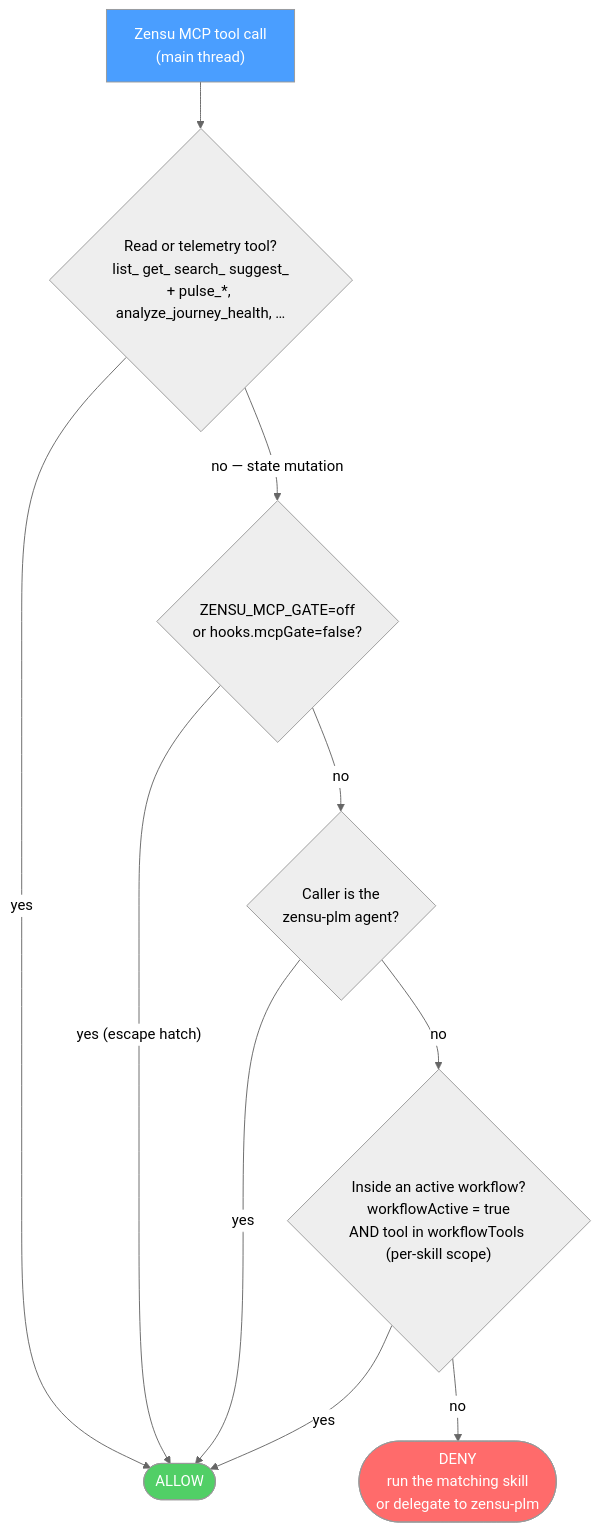
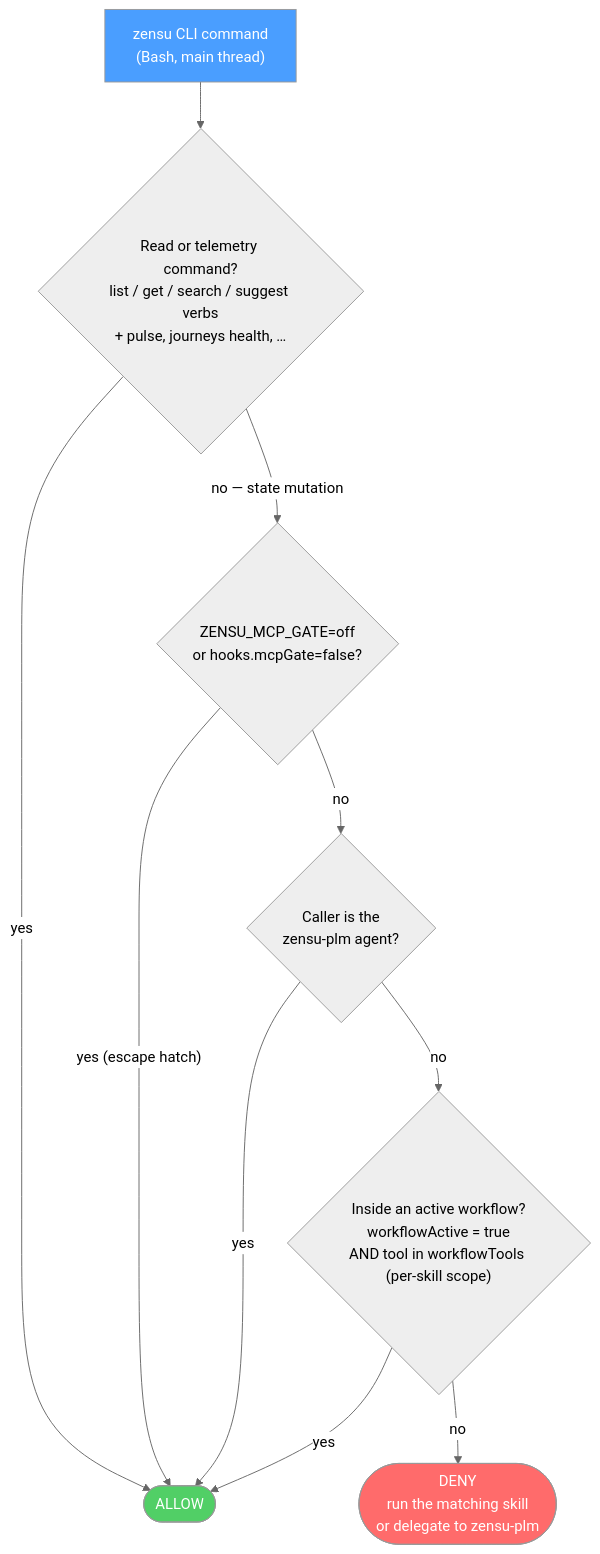
One commit to MKITConsulting/zensu-claude-code changed the second of 2 diagrams in README.md. Above: the diagram before and after it, drawn with Mermaid (neutral theme). The commit also changed other lines of this file and 21 other files, not shown here.

````diff
--- a/README.md
+++ b/README.md
@@ -85,16 +92,16 @@
 ```mermaid
 flowchart TD
-    A["Zensu MCP tool call<br/>(main thread)"] --> B{"Read or telemetry tool?<br/>list_ get_ search_ suggest_<br/>+ pulse_*, analyze_journey_health, …"}
+    A["zensu CLI command<br/>(Bash, main thread)"] --> B{"Read or telemetry command?<br/>list / get / search / suggest verbs<br/>+ pulse, journeys health, …"}
     B -->|"yes"| ALLOW(["ALLOW"])
     B -->|"no — state mutation"| C{"ZENSU_MCP_GATE=off<br/>or hooks.mcpGate=false?"}
     C -->|"yes (escape hatch)"| ALLOW
     C -->|"no"| D{"Caller is the<br/>zensu-plm agent?"}
     D -->|"yes"| ALLOW
     D -->|"no"| E{"Inside an active workflow?<br/>workflowActive = true<br/>AND tool in workflowTools (per-skill scope)"}
     E -->|"yes"| ALLOW
     E -->|"no"| DENY(["DENY<br/>run the matching skill<br/>or delegate to zensu-plm"])
 
     style A fill:#4a9eff,color:#fff
     style ALLOW fill:#51cf66,color:#fff
     style DENY fill:#ff6b6b,color:#fff
 ```
````
